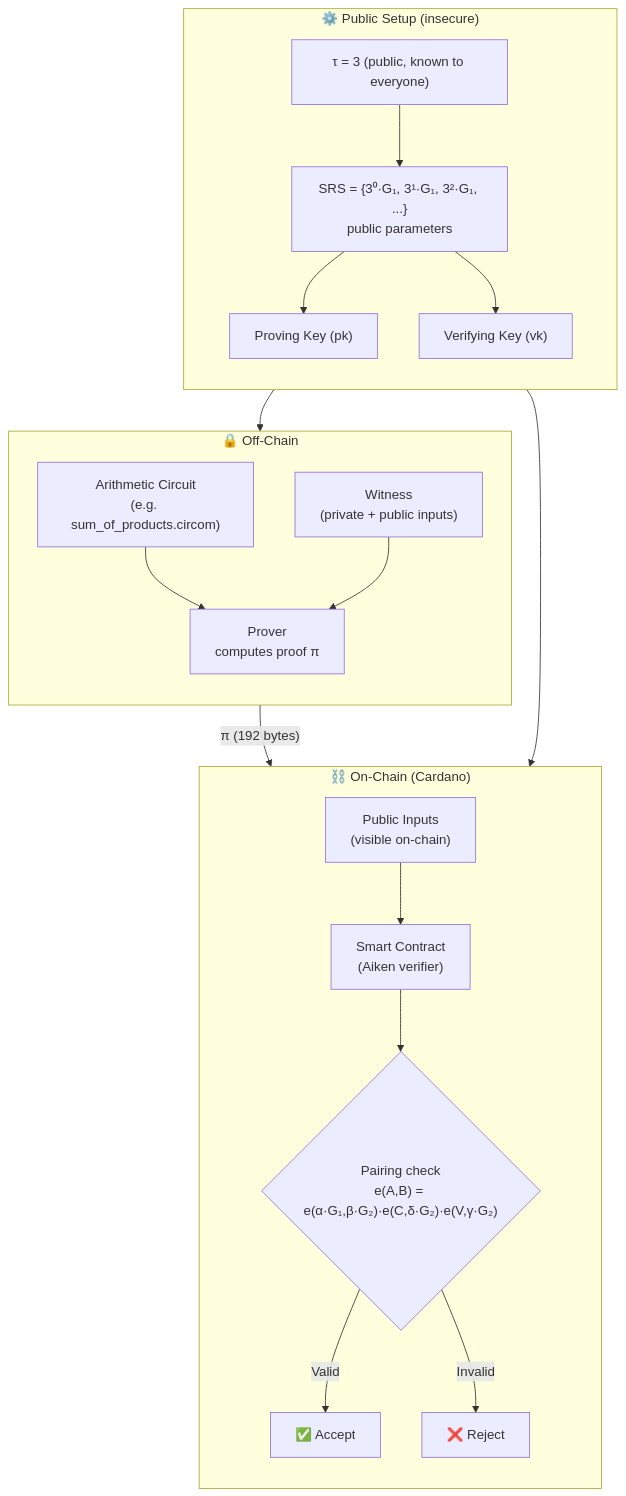
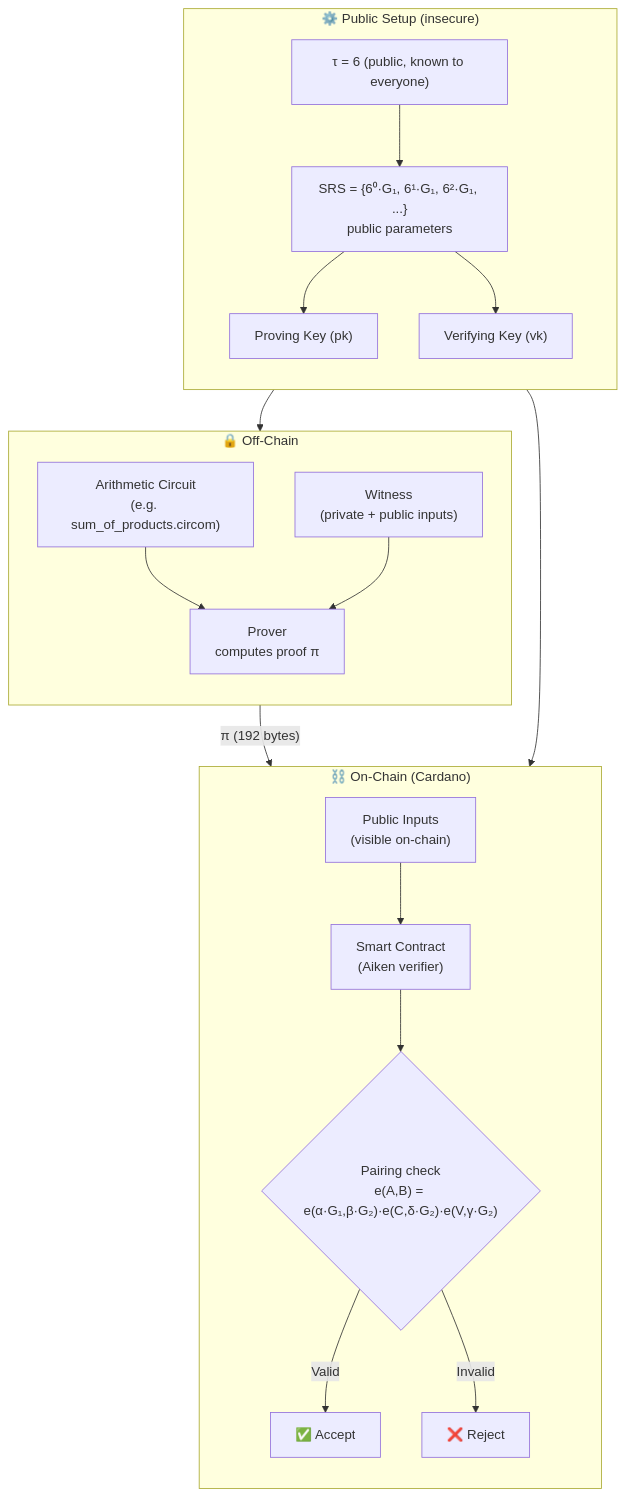
The second of 3 diagrams in tutorials/zkp-from-first-principles.md (cardano-foundation/bls), drawn with Mermaid before and after one commit. The commit also changed other lines of this file and 33 other files, not shown here.

````diff
--- a/tutorials/zkp-from-first-principles.md
+++ b/tutorials/zkp-from-first-principles.md
@@ -361,39 +361,39 @@
 ```mermaid
 flowchart TB
     subgraph Setup["⚙️ Public Setup (insecure)"]
         direction TB
-        Tau["τ = 3 (public, known to everyone)"]
-        SRS["SRS = {3⁰·G₁, 3¹·G₁, 3²·G₁, ...}<br/>public parameters"]
+        Tau["τ = 6 (public, known to everyone)"]
+        SRS["SRS = {6⁰·G₁, 6¹·G₁, 6²·G₁, ...}<br/>public parameters"]
         PK["Proving Key (pk)"]
         VK["Verifying Key (vk)"]
     end
 
     subgraph OffChain["🔒 Off-Chain"]
         direction TB
         Circuit["Arithmetic Circuit<br/>(e.g. sum_of_products.circom)"]
         Witness["Witness<br/>(private + public inputs)"]
         Prover["Prover<br/>computes proof π"]
     end
 
     subgraph OnChain["⛓️ On-Chain (Cardano)"]
         direction TB
         Contract["Smart Contract<br/>(Aiken verifier)"]
         Public["Public Inputs<br/>(visible on-chain)"]
         Check{"Pairing check<br/>e(A,B) = e(α·G₁,β·G₂)·e(C,δ·G₂)·e(V,γ·G₂)"}
         Accept["✅ Accept"]
         Reject["❌ Reject"]
     end
 
     Tau --> SRS
     SRS --> PK
     SRS --> VK
     Circuit --> Prover
     Witness --> Prover
     PK --> Prover
     Prover -->|"π (192 bytes)"| Contract
     VK --> Contract
     Public --> Contract
     Contract --> Check
     Check -->|Valid| Accept
     Check -->|Invalid| Reject
 ```
````
